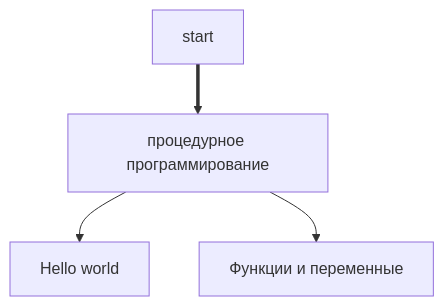
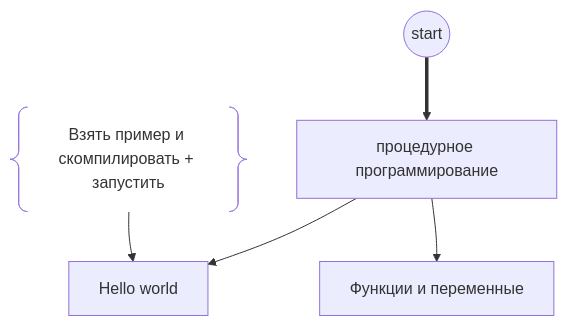
The diagram in itdocs/learn-java/readme.md (gochaorg/blog), drawn with Mermaid before and after one commit.

````diff
--- a/itdocs/learn-java/readme.md
+++ b/itdocs/learn-java/readme.md
@@ -7,10 +7,12 @@
 ```mermaid
-flowchart TB
+flowchart TD
 
-start ==> pp
+start((start)) ==> pp
 
 pp[процедурное программирование]
 pp --> pp_01[Hello world]
+pp_01_c1@{ shape: braces, label: "Взять пример и скомпилировать + запустить" } --> pp_01
 pp --> pp_02[Функции и переменные]
+click pp "https://github.com/gochaorg/blog/blob/master/itdocs/learn-java/01-proc.md"
 
 ```
````
